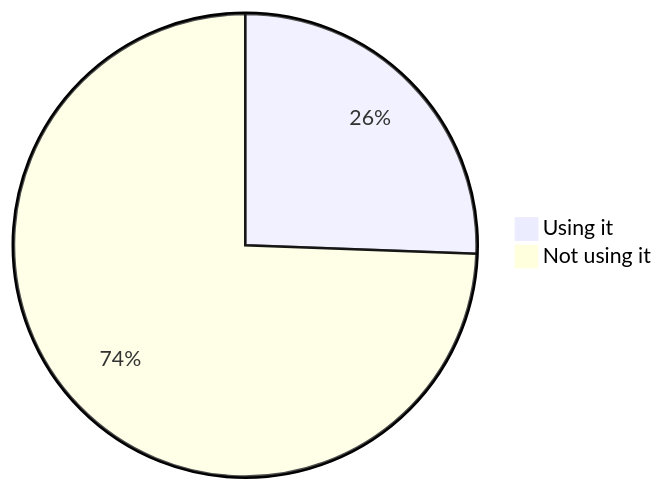
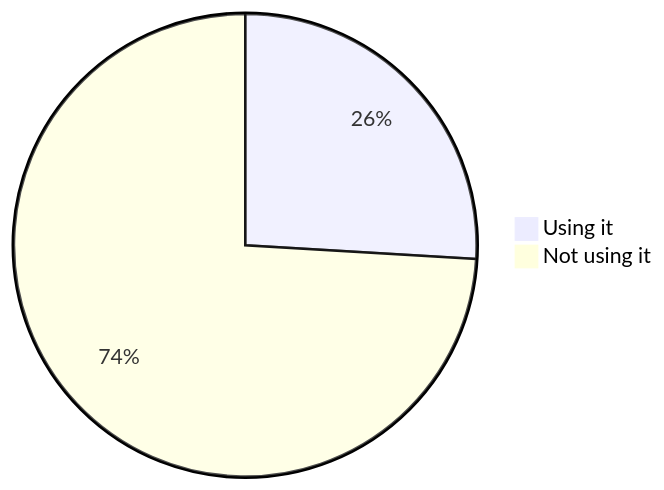
One commit to oshp/oshp-stats changed the ninth of 22 diagrams in stats.md. Above: the diagram before and after it, drawn with Mermaid. The commit also changed other lines of this file, not shown here.

````diff
--- a/stats.md
+++ b/stats.md
@@ -106,6 +106,6 @@
 ```mermaid
 pie
-	"Using it" : 25.59
-	"Not using it" : 74.41
+	"Using it" : 25.95
+	"Not using it" : 74.05
 
 ```
````
